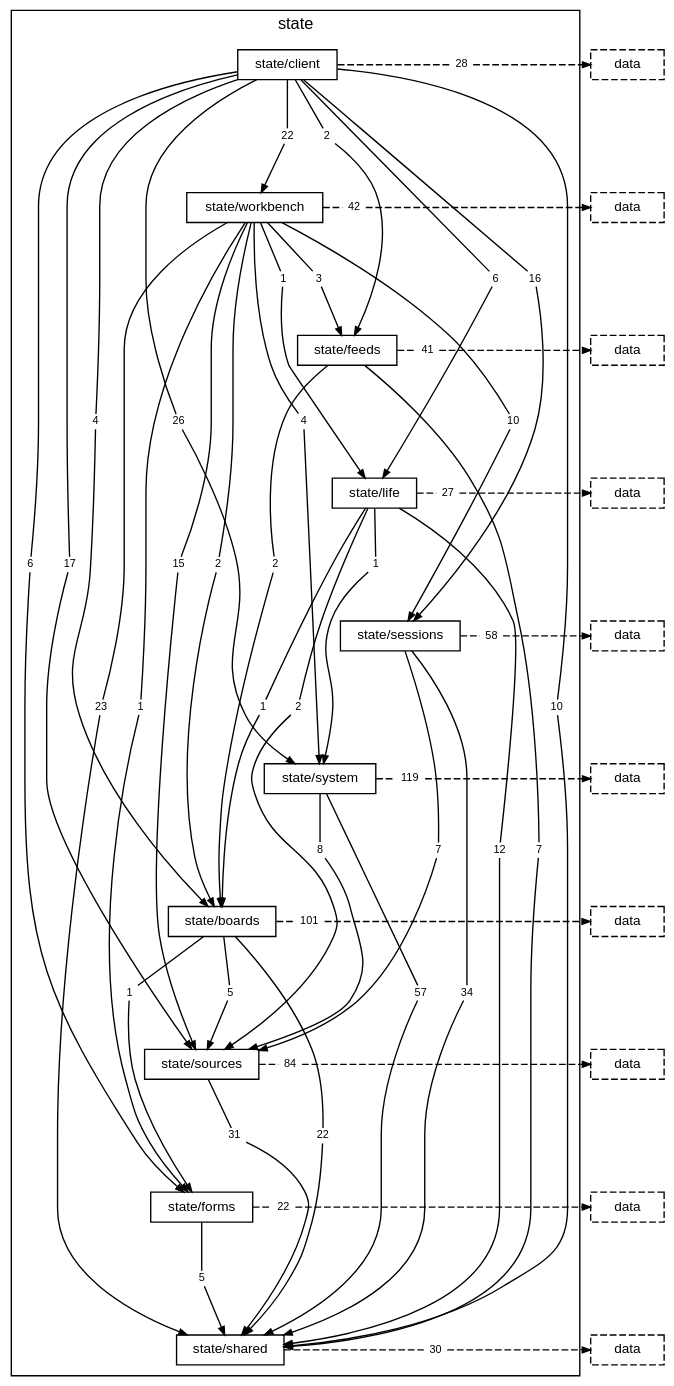
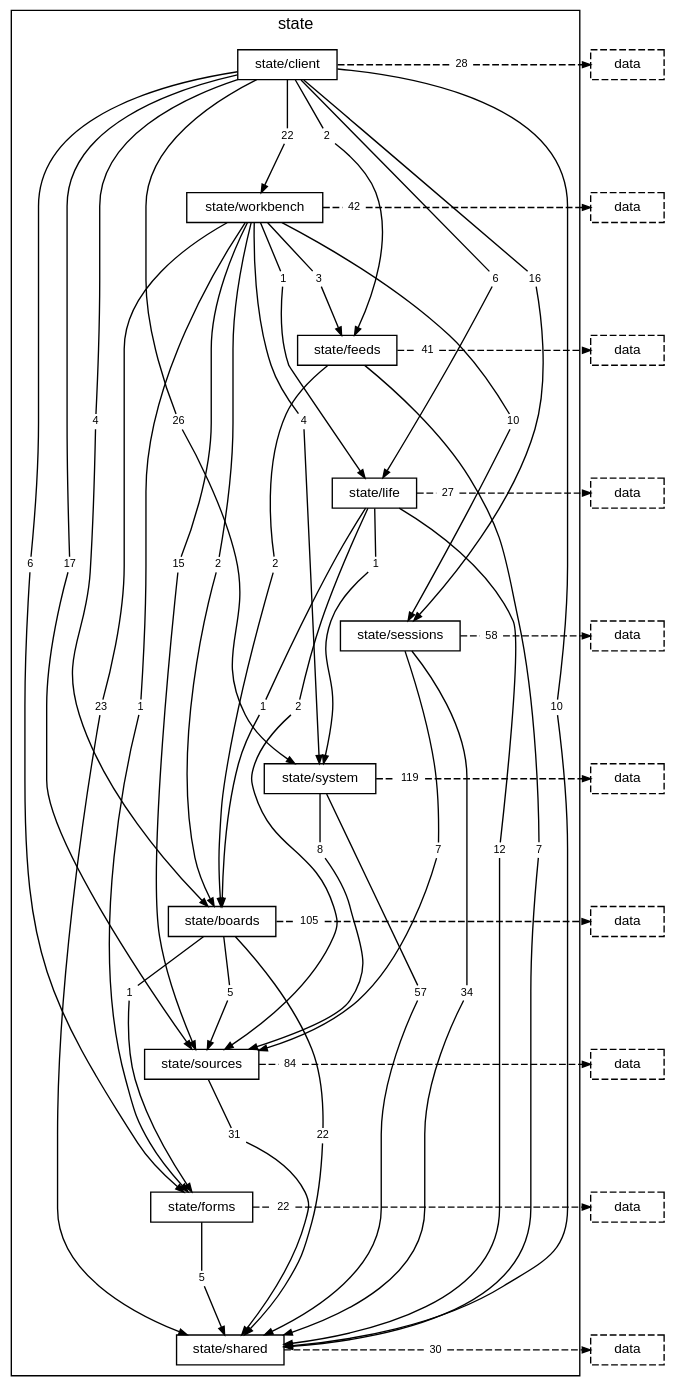
Before and after one commit to TheAxeC/oculus: the diagram in docs/diagrams/layer-state.dot, drawn with Graphviz. The commit also changed 57 other files, not shown here.

```diff
--- a/docs/diagrams/layer-state.dot
+++ b/docs/diagrams/layer-state.dot
@@ -50,7 +50,7 @@
         "folder state/boards to folder state/forms" [label="1", shape=box, color="transparent", fontsize=8, width=0, height=0, margin="0.04,0.02"];
         "folder state/boards to folder state/shared" [label="22", shape=box, color="transparent", fontsize=8, width=0, height=0, margin="0.04,0.02"];
         "folder state/boards to folder state/sources" [label="5", shape=box, color="transparent", fontsize=8, width=0, height=0, margin="0.04,0.02"];
-        "folder state/boards to layer data" [label="101", shape=box, color="transparent", fontsize=8, width=0, height=0, margin="0.04,0.02"];
+        "folder state/boards to layer data" [label="105", shape=box, color="transparent", fontsize=8, width=0, height=0, margin="0.04,0.02"];
         "folder state/sources to folder state/shared" [label="31", shape=box, color="transparent", fontsize=8, width=0, height=0, margin="0.04,0.02"];
         "folder state/sources to layer data" [label="84", shape=box, color="transparent", fontsize=8, width=0, height=0, margin="0.04,0.02"];
         "folder state/forms to folder state/shared" [label="5", shape=box, color="transparent", fontsize=8, width=0, height=0, margin="0.04,0.02"];
```
